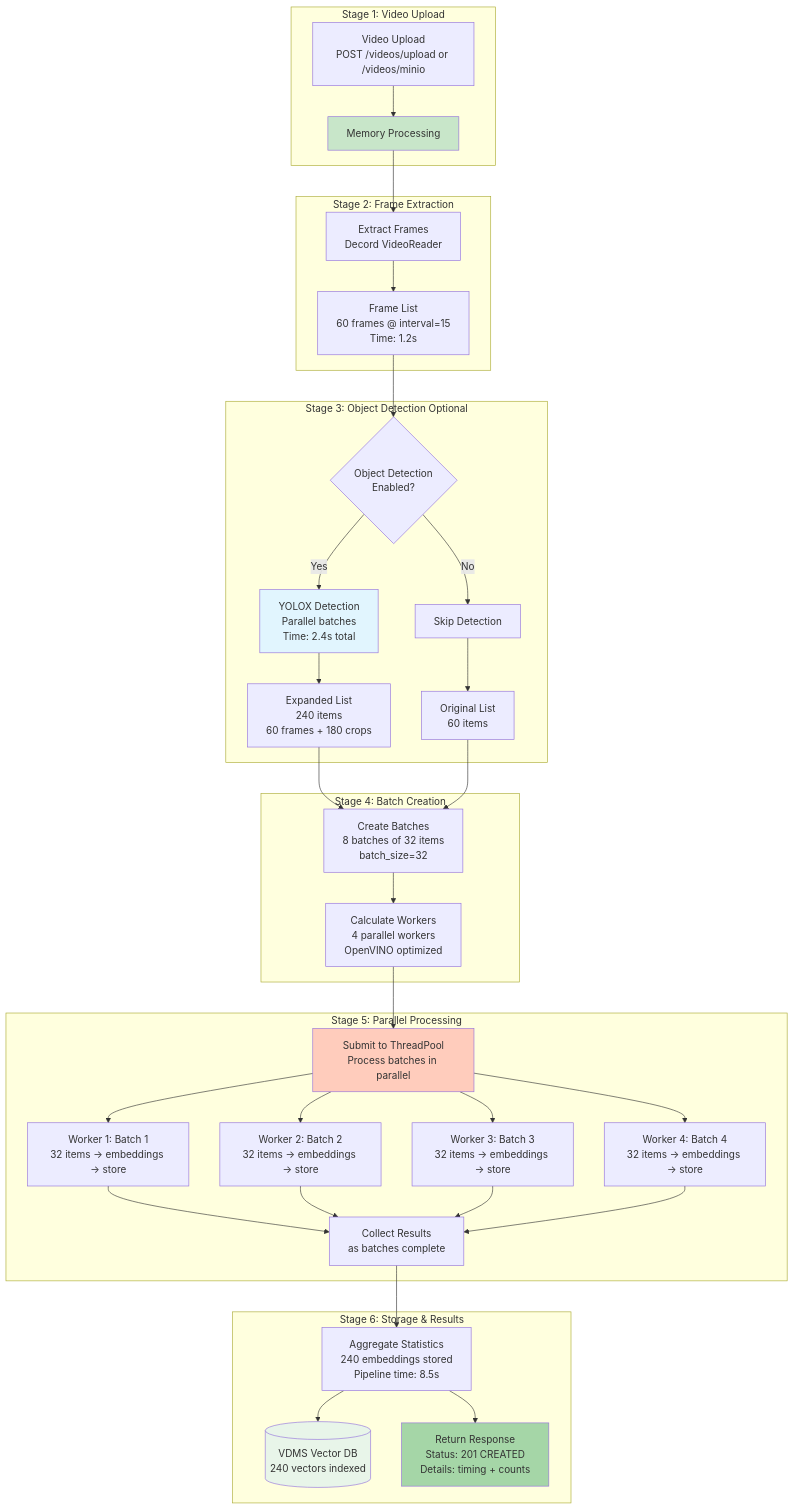
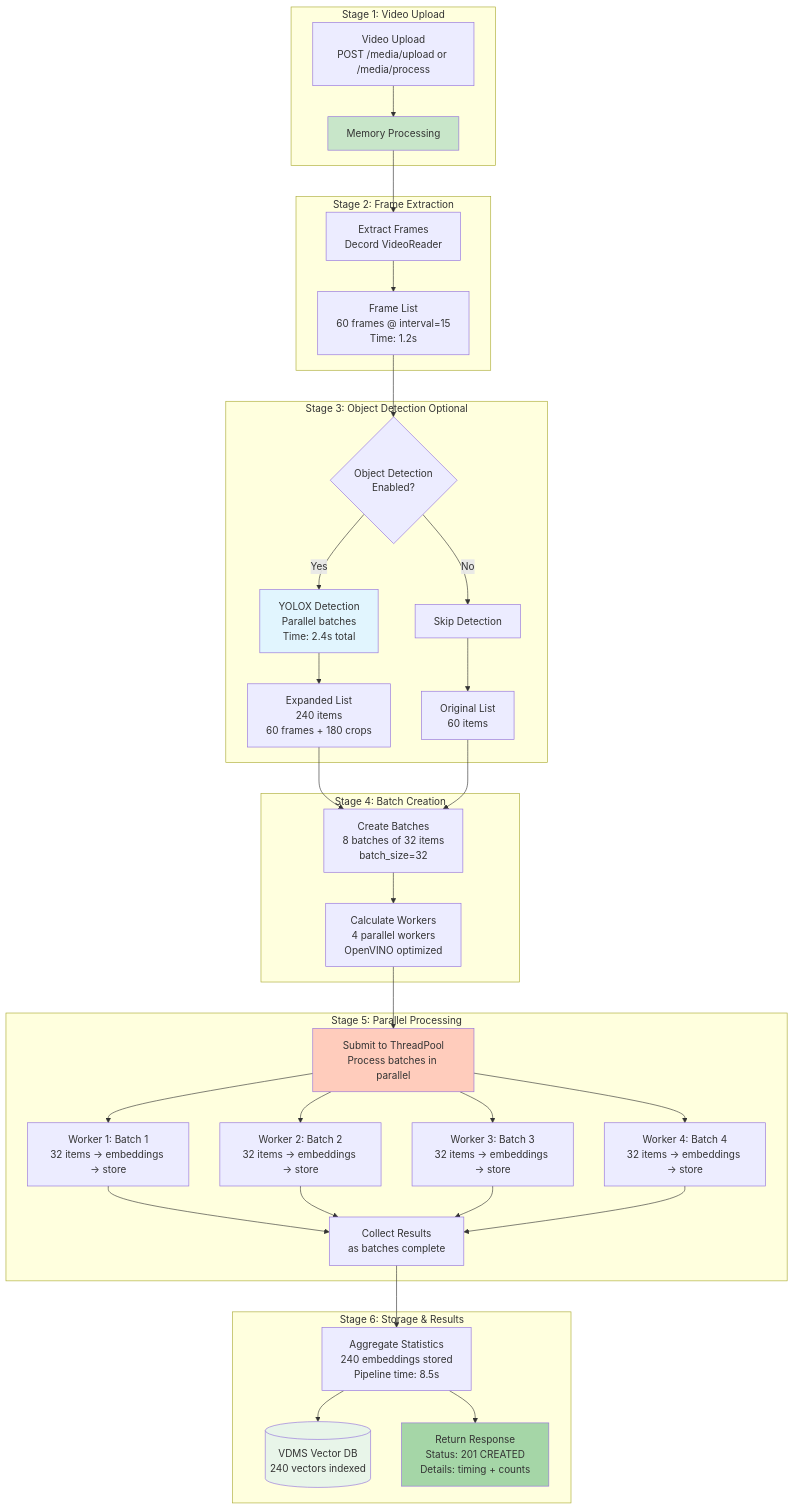
One commit to open-edge-platform/edge-ai-libraries changed the eighth of 9 diagrams in microservices/visual-data-preparation-for-retrieval/multimodal-dataprep/docs/user-guide/video-ingestion-flow.md. Above: the diagram before and after it, drawn with Mermaid. The commit also changed other lines of this file and 41 other files, not shown here.

First line of the commit message:
Refactor media processing endpoints to support both video and image uploads

````diff
--- a/microservices/visual-data-preparation-for-retrieval/multimodal-dataprep/docs/user-guide/video-ingestion-flow.md
+++ b/microservices/visual-data-preparation-for-retrieval/multimodal-dataprep/docs/user-guide/video-ingestion-flow.md
@@ -530,51 +530,51 @@
 ```mermaid
 graph TB
     subgraph "Stage 1: Video Upload"
-        A[Video Upload<br/>POST /videos/upload or /videos/minio] --> C[Memory Processing]
+        A[Video Upload<br/>POST /media/upload or /media/process] --> C[Memory Processing]
     end
 
     subgraph "Stage 2: Frame Extraction"
         C --> E[Extract Frames<br/>Decord VideoReader]
         E --> F[Frame List<br/>60 frames @ interval=15<br/>Time: 1.2s]
     end
 
     subgraph "Stage 3: Object Detection Optional"
         F --> G{Object Detection<br/>Enabled?}
         G -->|Yes| H[YOLOX Detection<br/>Parallel batches<br/>Time: 2.4s total]
         G -->|No| I[Skip Detection]
         H --> J[Expanded List<br/>240 items<br/>60 frames + 180 crops]
         I --> K[Original List<br/>60 items]
     end
 
     subgraph "Stage 4: Batch Creation"
         J --> L[Create Batches<br/>8 batches of 32 items<br/>batch_size=32]
         K --> L
         L --> M[Calculate Workers<br/>4 parallel workers<br/>OpenVINO optimized]
     end
 
     subgraph "Stage 5: Parallel Processing"
         M --> N[Submit to ThreadPool<br/>Process batches in parallel]
 
         N --> O1[Worker 1: Batch 1<br/>32 items → embeddings → store]
         N --> O2[Worker 2: Batch 2<br/>32 items → embeddings → store]
         N --> O3[Worker 3: Batch 3<br/>32 items → embeddings → store]
         N --> O4[Worker 4: Batch 4<br/>32 items → embeddings → store]
 
         O1 --> P[Collect Results<br/>as batches complete]
         O2 --> P
         O3 --> P
         O4 --> P
     end
 
     subgraph "Stage 6: Storage & Results"
         P --> Q[Aggregate Statistics<br/>240 embeddings stored<br/>Pipeline time: 8.5s]
         Q --> R[(VDMS Vector DB<br/>240 vectors indexed)]
         Q --> S[Return Response<br/>Status: 201 CREATED<br/>Details: timing + counts]
     end
 
     style C fill:#c8e6c9
     style H fill:#e1f5fe
     style N fill:#ffccbc
     style R fill:#e8f5e9
     style S fill:#a5d6a7
 ```
````
